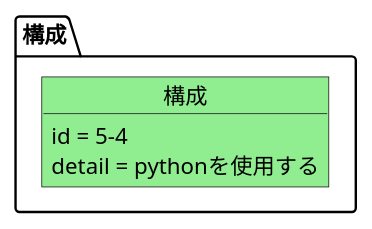
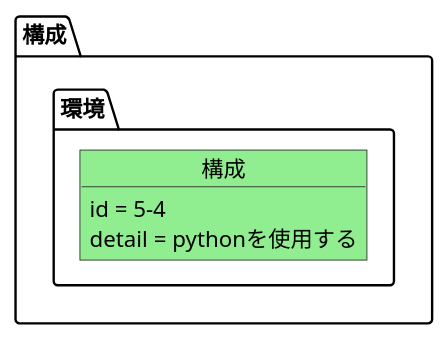
One commit to TakumiShinoda/anotationUtils changed the diagram in plantUML/l5/l5_4.pu. Above: the diagram before and after it, drawn with PlantUML. The commit also changed 58 other files, not shown here.

```diff
--- a/plantUML/l5/l5_4.pu
+++ b/plantUML/l5/l5_4.pu
@@ -1,8 +1,10 @@
 @startuml
 package "構成"{
-  object "構成" as 5_4 #LightGreen{
-    id = 5-4
-    detail = pythonを使用する
+  package "環境"{
+    object "構成" as 5_4 #LightGreen{
+      id = 5-4
+      detail = pythonを使用する
+    }
   }
 }
 @enduml
```
